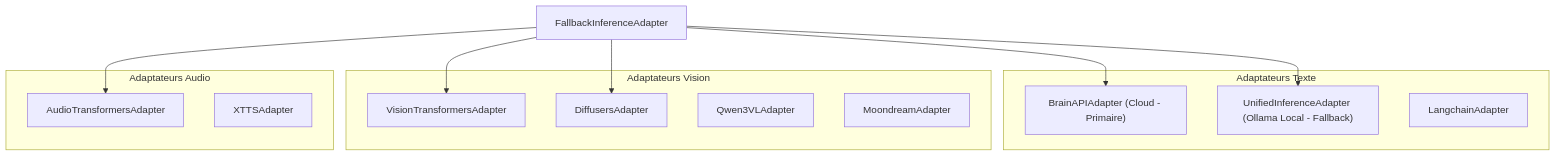
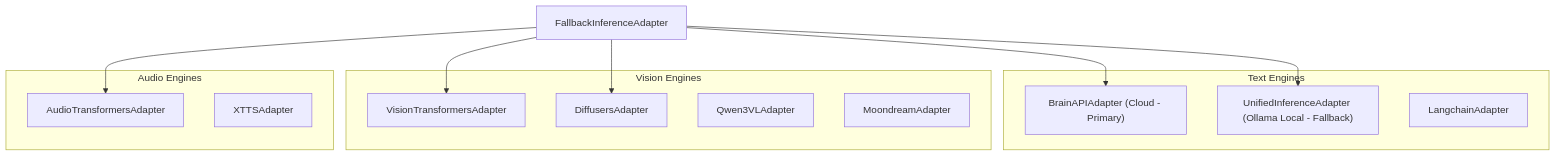
One commit to MissawB/Animetix changed the second of 4 diagrams in docs/ARCHITECTURE.md. Above: the diagram before and after it, drawn with Mermaid. The commit also changed other lines of this file and 29 other files, not shown here.

````diff
--- a/docs/ARCHITECTURE.md
+++ b/docs/ARCHITECTURE.md
@@ -98,28 +98,28 @@
 ```mermaid
 graph TD
     FallbackAdapter["FallbackInferenceAdapter"]
     
-    subgraph Adaptateurs Texte
-        BrainAPI["BrainAPIAdapter (Cloud - Primaire)"]
+    subgraph Text_Adapters [Text Engines]
+        BrainAPI["BrainAPIAdapter (Cloud - Primary)"]
         Ollama["UnifiedInferenceAdapter (Ollama Local - Fallback)"]
         Langchain["LangchainAdapter"]
     end
     
-    subgraph Adaptateurs Vision
+    subgraph Vision_Adapters [Vision Engines]
         VisionTF["VisionTransformersAdapter"]
         Diffusers["DiffusersAdapter"]
         Qwen3VL["Qwen3VLAdapter"]
         Moondream["MoondreamAdapter"]
     end
     
-    subgraph Adaptateurs Audio
+    subgraph Audio_Adapters [Audio Engines]
         AudioTF["AudioTransformersAdapter"]
         XTTS["XTTSAdapter"]
     end
     
     FallbackAdapter --> BrainAPI
     FallbackAdapter --> Ollama
     FallbackAdapter --> VisionTF
     FallbackAdapter --> Diffusers
     FallbackAdapter --> AudioTF
 ```
````
